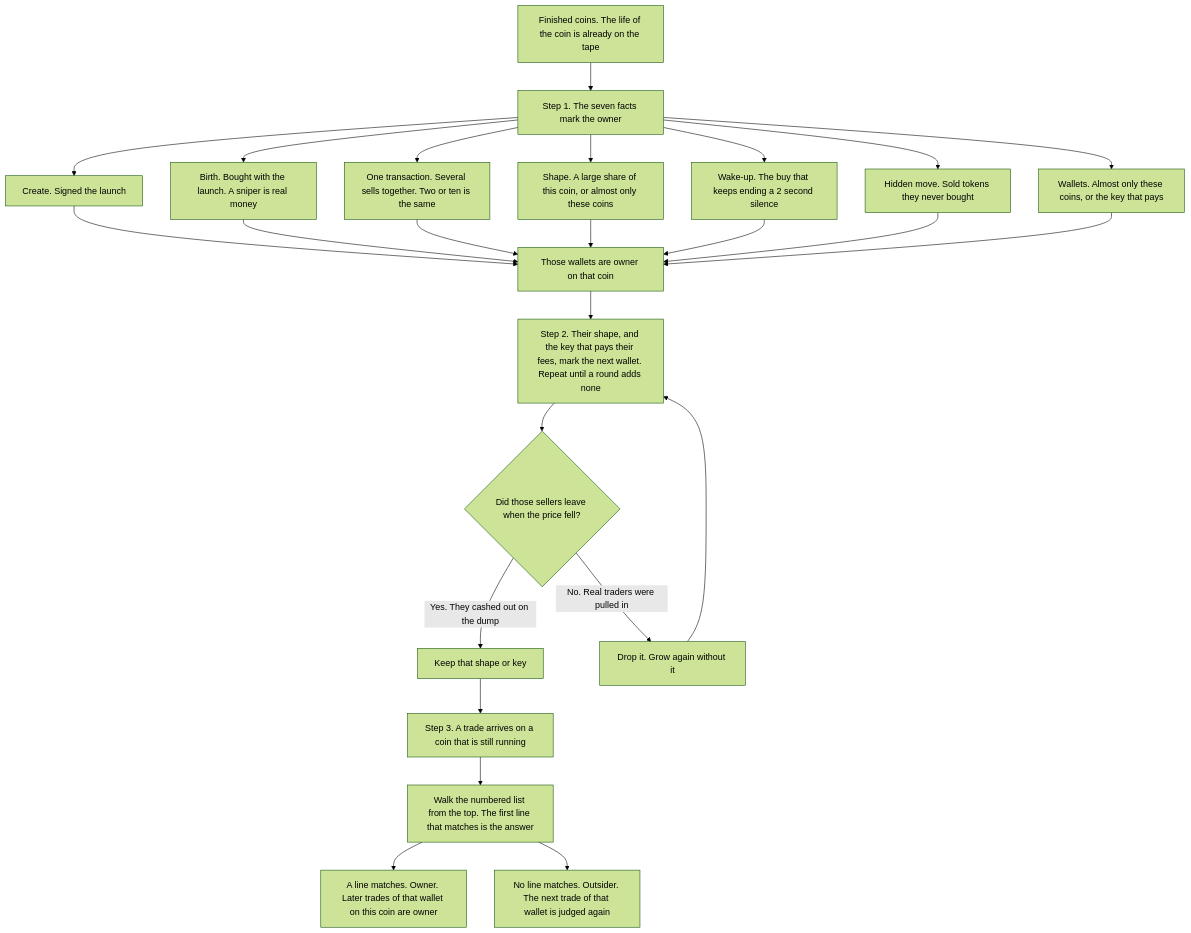
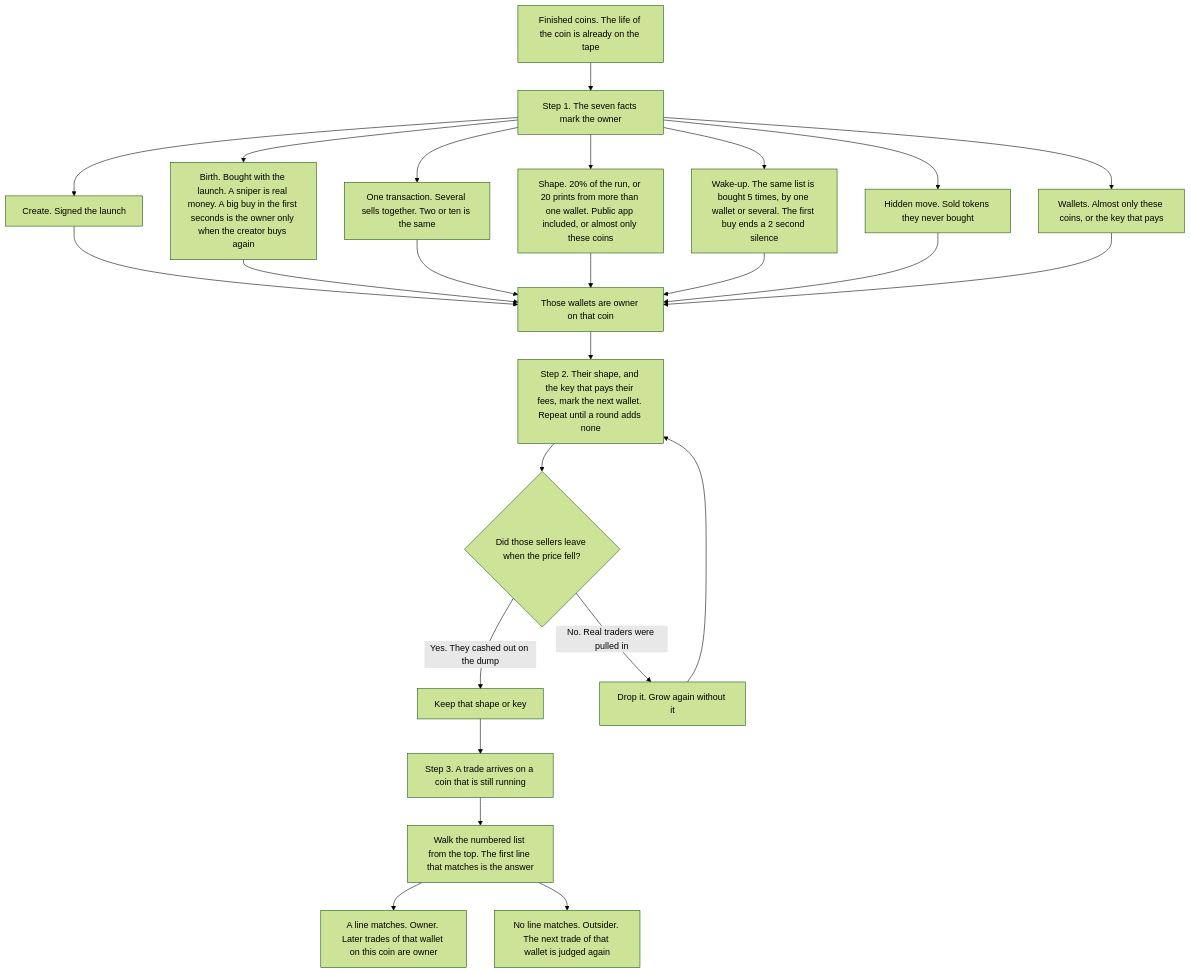
One commit to daan-noel/trade-launch-bot changed the diagram in hunter/docs/plans/strategies/owner-split.md. Above: the diagram before and after it, drawn with Mermaid (forest theme). The commit also changed other lines of this file, not shown here.

Commit message:
[ update ] owner-split rules/logics

````diff
--- a/hunter/docs/plans/strategies/owner-split.md
+++ b/hunter/docs/plans/strategies/owner-split.md
@@ -44,31 +46,31 @@
 ```mermaid
 flowchart TD
   done["Finished coins. The life of the coin is already on the tape"] --> mark["Step 1. The seven facts mark the owner"]
 
   mark --> create["Create. Signed the launch"]
-  mark --> birth["Birth. Bought with the launch. A sniper is real money"]
+  mark --> birth["Birth. Bought with the launch. A sniper is real money. A big buy in the first seconds is the owner only when the creator buys again"]
   mark --> tx["One transaction. Several sells together. Two or ten is the same"]
-  mark --> shape["Shape. A large share of this coin, or almost only these coins"]
-  mark --> wake["Wake-up. The buy that keeps ending a 2 second silence"]
+  mark --> shape["Shape. 20% of the run, or 20 prints from more than one wallet. Public app included, or almost only these coins"]
+  mark --> wake["Wake-up. The same list is bought 5 times, by one wallet or several. The first buy ends a 2 second silence"]
   mark --> hidden["Hidden move. Sold tokens they never bought"]
   mark --> wallets["Wallets. Almost only these coins, or the key that pays"]
 
   create --> known["Those wallets are owner on that coin"]
   birth --> known
   tx --> known
   shape --> known
   wake --> known
   hidden --> known
   wallets --> known
 
   known --> grow["Step 2. Their shape, and the key that pays their fees, mark the next wallet. Repeat until a round adds none"]
   grow --> check{"Did those sellers leave when the price fell?"}
   check -->|Yes. They cashed out on the dump| keep["Keep that shape or key"]
   check -->|No. Real traders were pulled in| drop["Drop it. Grow again without it"]
   drop --> grow
 
   keep --> arrive["Step 3. A trade arrives on a coin that is still running"]
   arrive --> walk["Walk the numbered list from the top. The first line that matches is the answer"]
   walk --> owner["A line matches. Owner. Later trades of that wallet on this coin are owner"]
   walk --> outsider["No line matches. Outsider. The next trade of that wallet is judged again"]
 ```
````
